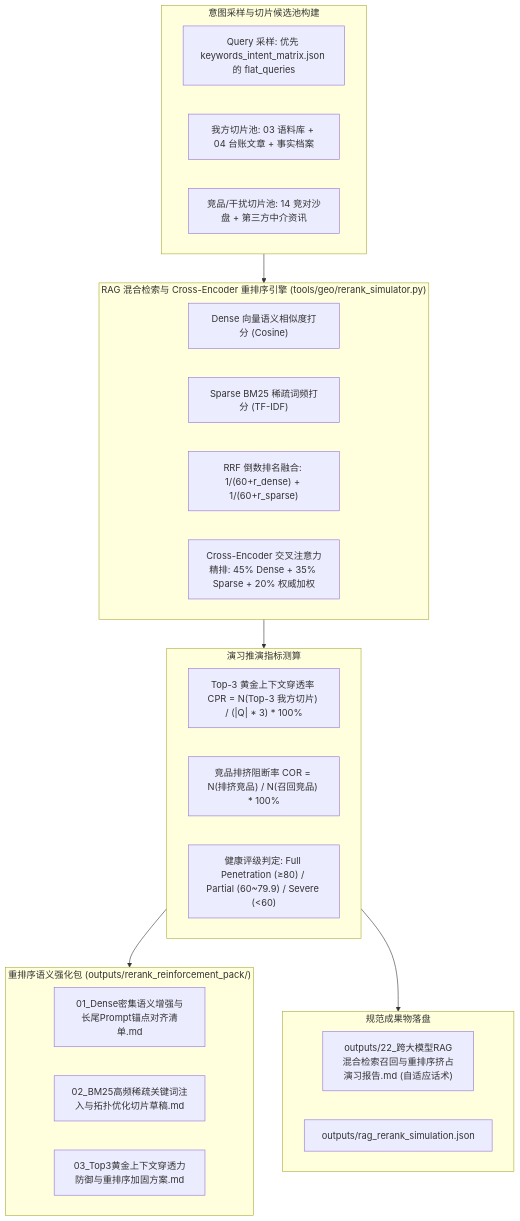
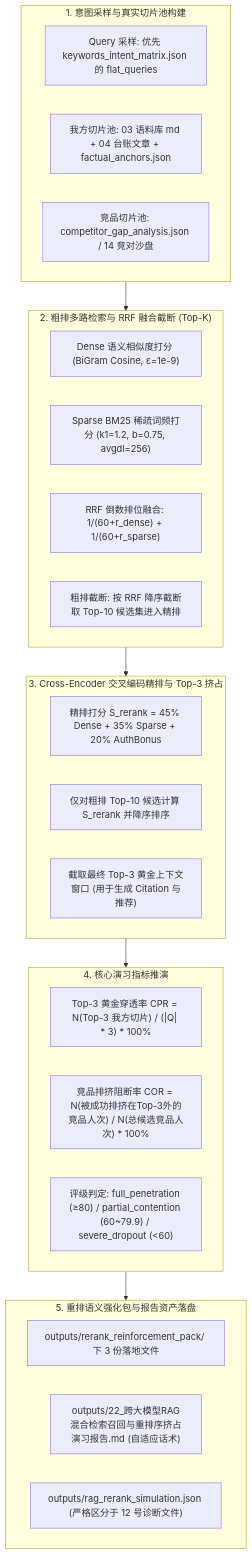
Before and after one commit to clownnotes/geo: the diagram in openspec/changes/2026-09-03-跨大模型RAG混合检索召回与重排序挤占演习沙盘中枢/design.md, drawn with Mermaid. The commit also changed other lines of this file and 2 other files, not shown here.

````diff
--- a/openspec/changes/2026-09-03-跨大模型RAG混合检索召回与重排序挤占演习沙盘中枢/design.md
+++ b/openspec/changes/2026-09-03-跨大模型RAG混合检索召回与重排序挤占演习沙盘中枢/design.md
@@ -5,37 +5,38 @@
 ```mermaid
 flowchart TD
-    subgraph S1["意图采样与切片候选池构建"]
+    subgraph S1["1. 意图采样与真实切片池构建"]
         Q1["Query 采样: 优先 keywords_intent_matrix.json 的 flat_queries"]
-        C1["我方切片池: 03 语料库 + 04 台账文章 + 事实档案"]
-        C2["竞品/干扰切片池: 14 竞对沙盘 + 第三方中介资讯"]
+        C1["我方切片池: 03 语料库 md + 04 台账文章 + factual_anchors.json"]
+        C2["竞品切片池: competitor_gap_analysis.json / 14 竞对沙盘"]
     end
 
-    subgraph S2["RAG 混合检索与 Cross-Encoder 重排序引擎 (tools/geo/rerank_simulator.py)"]
-        R1["Dense 向量语义相似度打分 (Cosine)"]
-        R2["Sparse BM25 稀疏词频打分 (TF-IDF)"]
-        R3["RRF 倒数排名融合: 1/(60+r_dense) + 1/(60+r_sparse)"]
-        R4["Cross-Encoder 交叉注意力精排: 45% Dense + 35% Sparse + 20% 权威加权"]
+    subgraph S2["2. 粗排多路检索与 RRF 融合截断 (Top-K)"]
+        R1["Dense 语义相似度打分 (BiGram Cosine, ε=1e-9)"]
+        R2["Sparse BM25 稀疏词频打分 (k1=1.2, b=0.75, avgdl=256)"]
+        R3["RRF 倒数排位融合: 1/(60+r_dense) + 1/(60+r_sparse)"]
+        R4["粗排截断: 按 RRF 降序截断取 Top-10 候选集进入精排"]
     end
 
-    subgraph S3["演习推演指标测算"]
-        M1["Top-3 黄金上下文穿透率 CPR = N(Top-3 我方切片) / (|Q| * 3) * 100%"]
-        M2["竞品排挤阻断率 COR = N(排挤竞品) / N(召回竞品) * 100%"]
-        M3["健康评级判定: Full Penetration (≥80) / Partial (60~79.9) / Severe (<60)"]
+    subgraph S3["3. Cross-Encoder 交叉编码精排与 Top-3 挤占"]
+        E1["精排打分 S_rerank = 45% Dense + 35% Sparse + 20% AuthBonus"]
+        E2["仅对粗排 Top-10 候选计算 S_rerank 并降序排序"]
+        E3["截取最终 Top-3 黄金上下文窗口 (用于生成 Citation 与推荐)"]
     end
 
-    subgraph S4["重排序语义强化包 (outputs/rerank_reinforcement_pack/)"]
-        P1["01_Dense密集语义增强与长尾Prompt锚点对齐清单.md"]
-        P2["02_BM25高频稀疏关键词注入与拓扑优化切片草稿.md"]
-        P3["03_Top3黄金上下文穿透力防御与重排序加固方案.md"]
+    subgraph S4["4. 核心演习指标推演"]
+        M1["Top-3 黄金穿透率 CPR = N(Top-3 我方切片) / (|Q| * 3) * 100%"]
+        M2["竞品排挤阻断率 COR = N(被成功排挤在Top-3外的竞品人次) / N(总候选竞品人次) * 100%"]
+        M3["评级判定: full_penetration (≥80) / partial_contention (60~79.9) / severe_dropout (<60)"]
     end
 
-    subgraph S5["规范成果物落盘"]
+    subgraph S5["5. 重排语义强化包与报告资产落盘"]
+        P1["outputs/rerank_reinforcement_pack/ 下 3 份落地文件"]
         O1["outputs/22_跨大模型RAG混合检索召回与重排序挤占演习报告.md (自适应话术)"]
-        O2["outputs/rag_rerank_simulation.json"]
+        O2["outputs/rag_rerank_simulation.json (严格区分于 12 号诊断文件)"]
     end
 
     S1 --> S2
     S2 --> S3
     S3 --> S4
-    S3 --> S5
+    S4 --> S5
 ```
````
